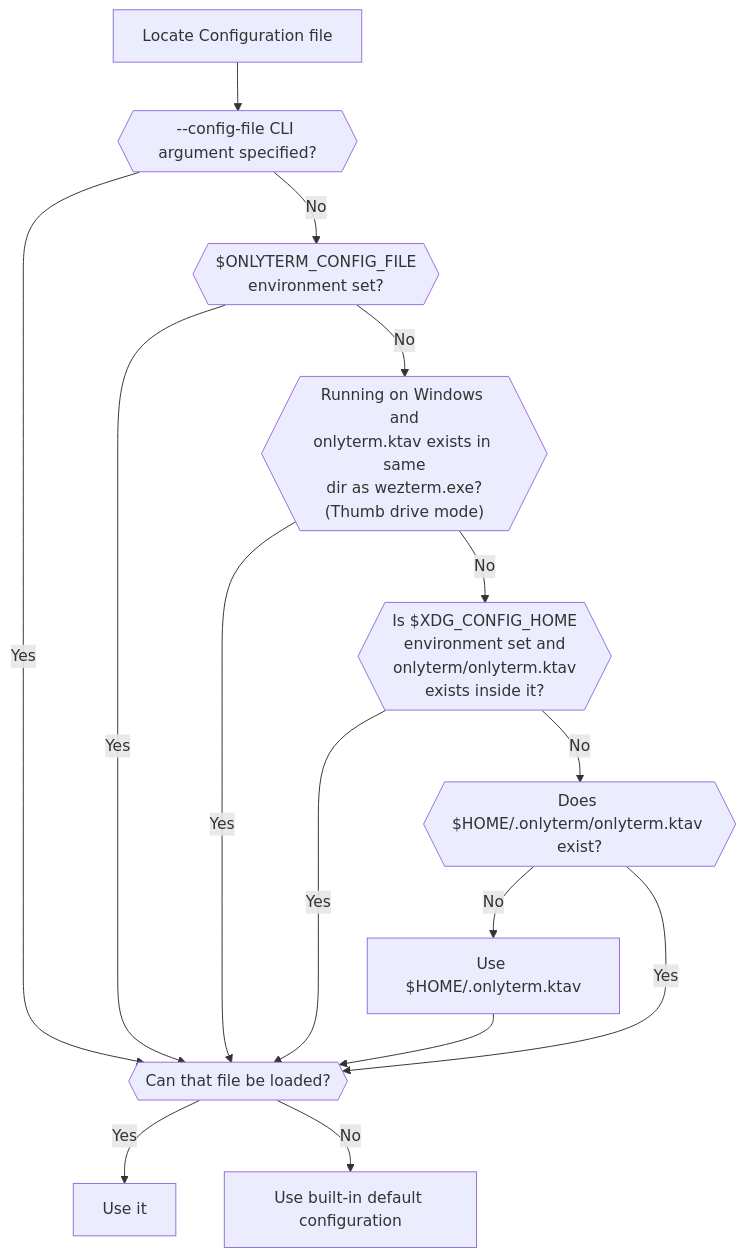
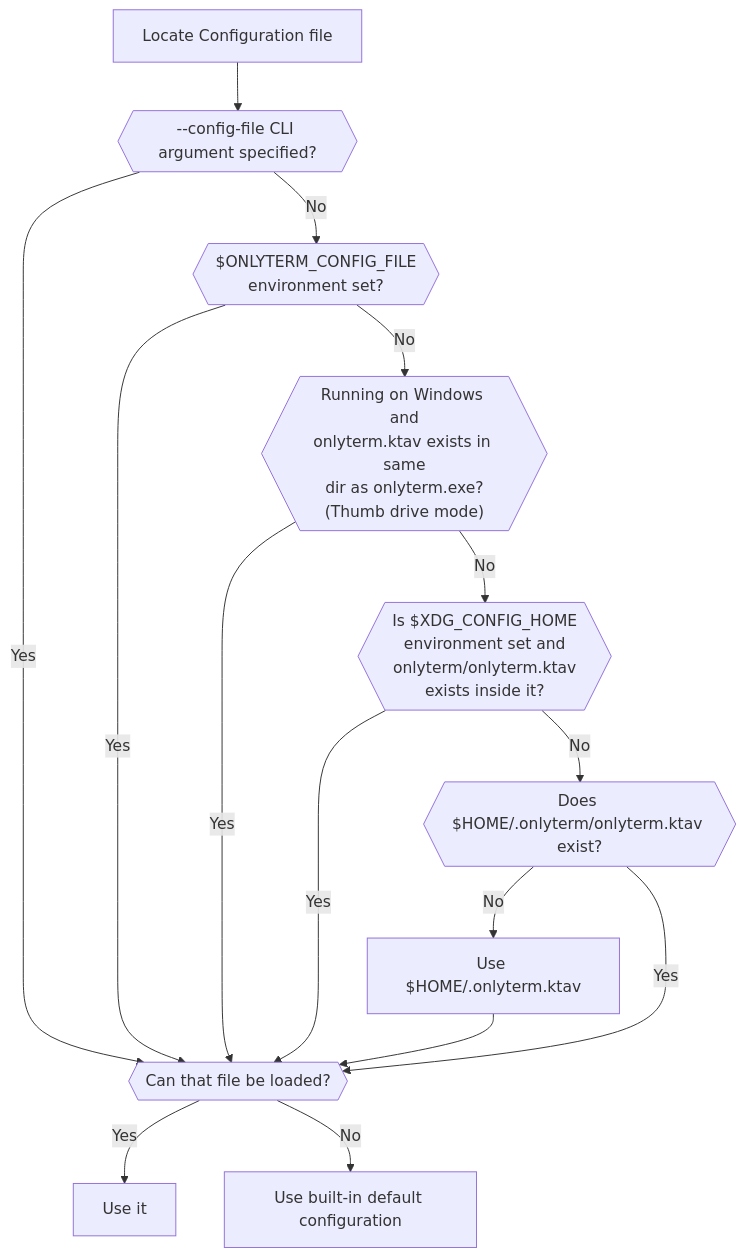
One commit to PHPCraftdream/OnlyTerm changed the diagram in docs/config/files.md. Above: the diagram before and after it, drawn with Mermaid. The commit also changed other lines of this file and 1279 other files, not shown here.

````diff
--- a/docs/config/files.md
+++ b/docs/config/files.md
@@ -49,17 +49,17 @@
 ```mermaid
 graph TD
   X[Locate Configuration file] --> A{{--config-file CLI argument specified?}}
   A -->|Yes| B{{Can that file be loaded?}}
   B -->|Yes| C[Use it]
   B -->|No| D[Use built-in default configuration]
   A -->|No| E{{$ONLYTERM_CONFIG_FILE<br/>environment set?}}
   E -->|Yes| B
-  E -->|No| F{{"Running on Windows and<br/>onlyterm.ktav exists in same<br/>dir as wezterm.exe?<br/>(Thumb drive mode)"}}
+  E -->|No| F{{"Running on Windows and<br/>onlyterm.ktav exists in same<br/>dir as onlyterm.exe?<br/>(Thumb drive mode)"}}
   F -->|Yes| B
   F -->|No| H{{Is $XDG_CONFIG_HOME<br/>environment set and<br/>onlyterm/onlyterm.ktav<br/>exists inside it?}}
   H -->|Yes| B
   J --> B
   H -->|No| K{{Does $HOME/.onlyterm/onlyterm.ktav exist?}}
   K -->|Yes| B
   K -->|No| J[Use $HOME/.onlyterm.ktav]
 ```
````
